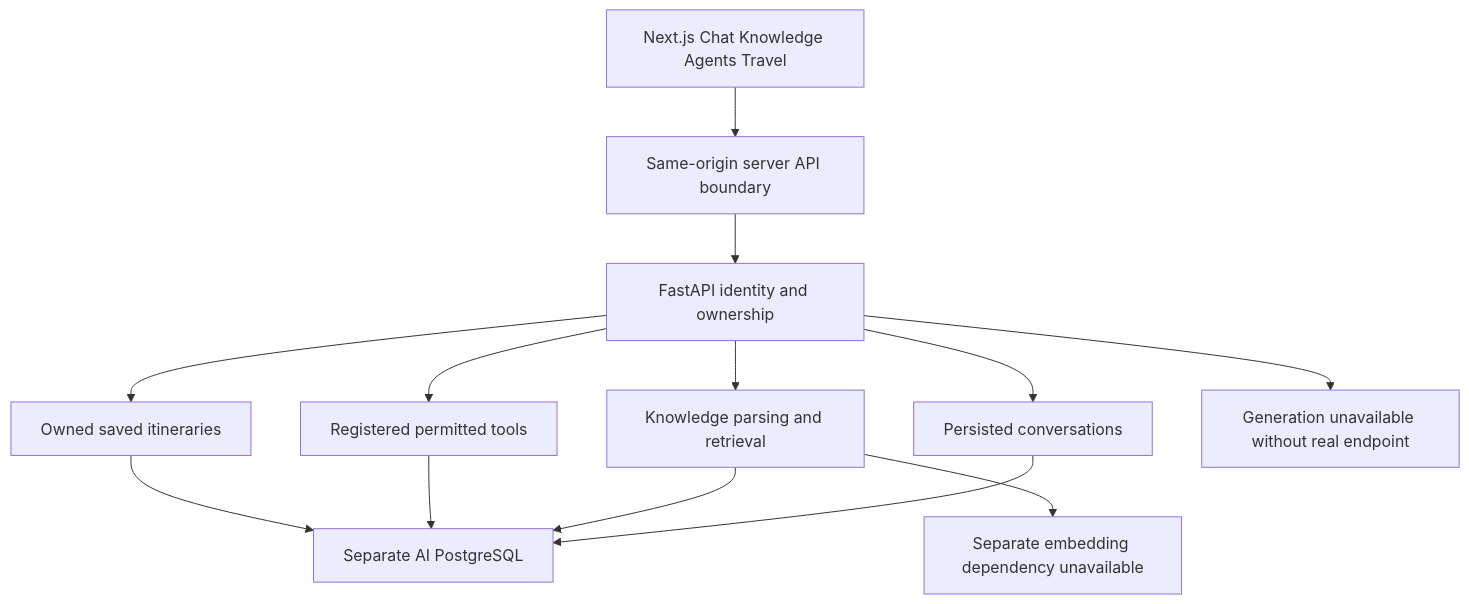
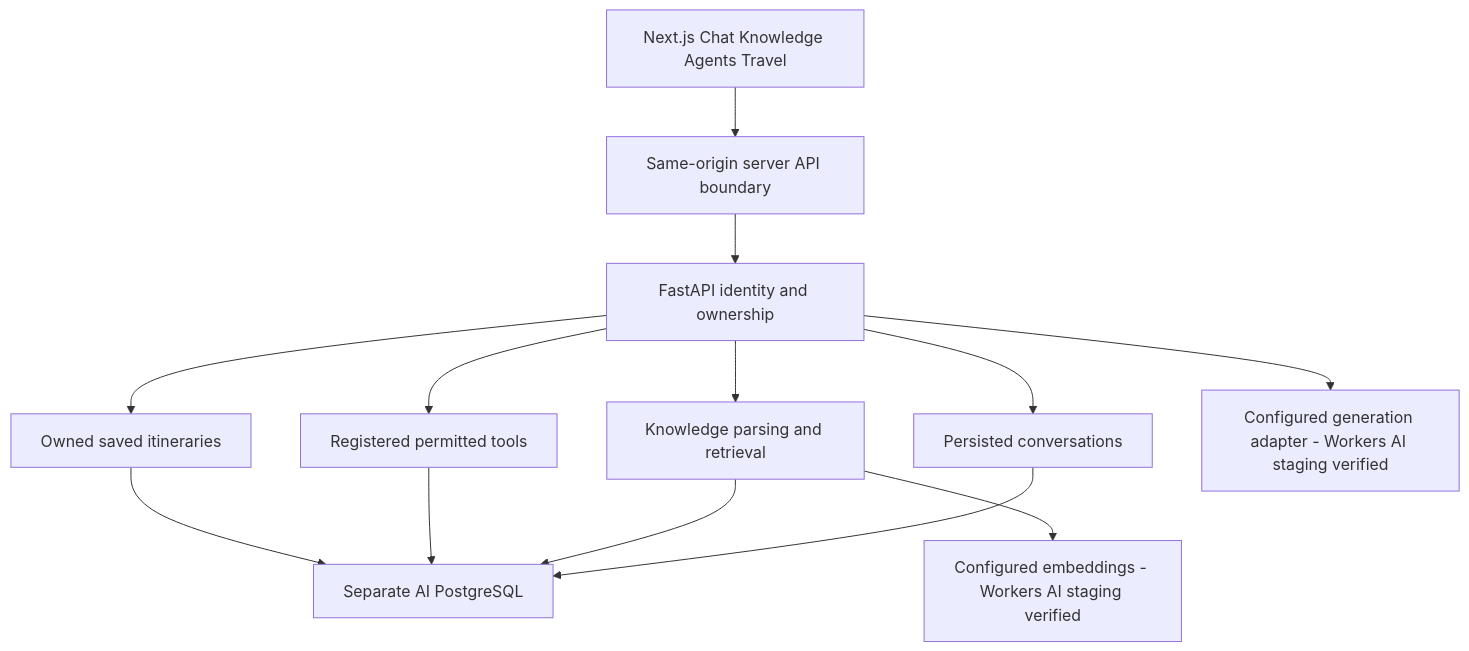
Before and after one commit to DruHustle/onesa-ai-platform: the diagram in docs/diagrams/public-ai-platform.mmd, drawn with Mermaid. The commit also changed 88 other files, not shown here.

Commit message:
Add visual engineering onboarding and current deployment architecture

```diff
--- a/docs/diagrams/public-ai-platform.mmd
+++ b/docs/diagrams/public-ai-platform.mmd
@@ -1,13 +1,13 @@
 flowchart TB
 Web[Next.js Chat Knowledge Agents Travel] --> Proxy[Same-origin server API boundary]
 Proxy --> API[FastAPI identity and ownership]
 API --> Chat[Persisted conversations]
 API --> RAG[Knowledge parsing and retrieval]
 API --> Agents[Registered permitted tools]
 API --> Travel[Owned saved itineraries]
 Chat --> DB[Separate AI PostgreSQL]
 RAG --> DB
 Agents --> DB
 Travel --> DB
-API --> Model[Generation unavailable without real endpoint]
-RAG --> Embed[Separate embedding dependency unavailable]
+API --> Model[Configured generation adapter - Workers AI staging verified]
+RAG --> Embed[Configured embeddings - Workers AI staging verified]
```
